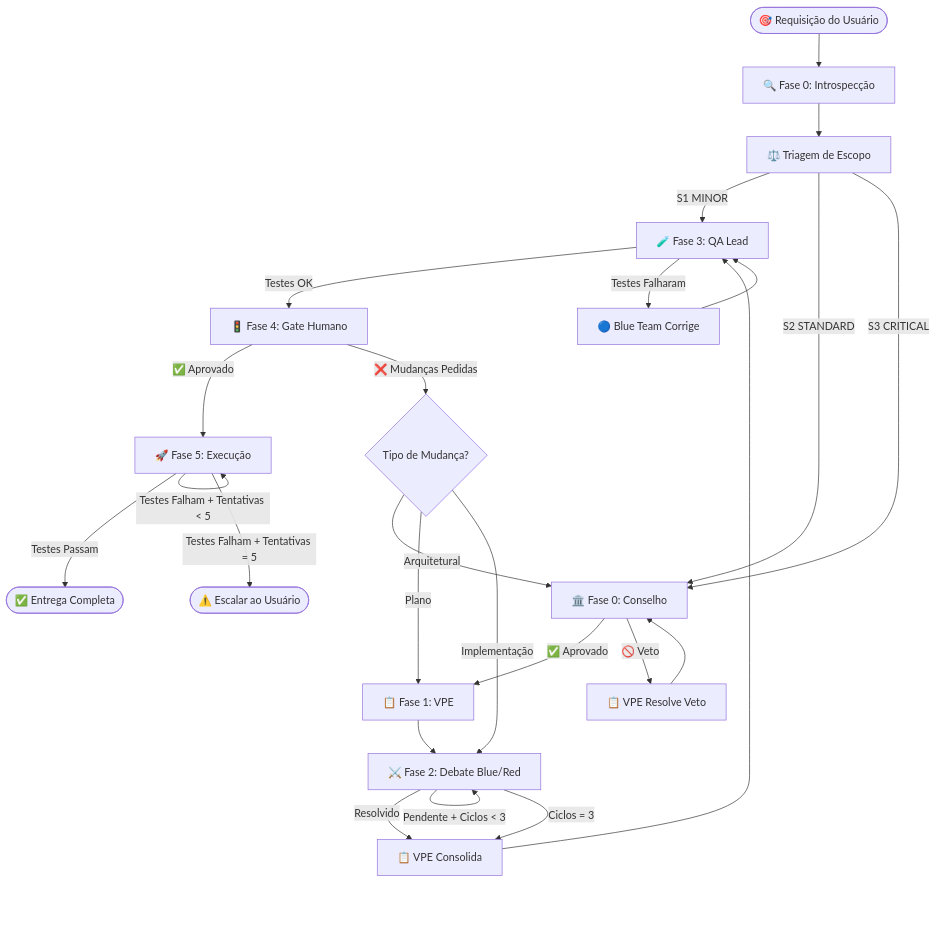
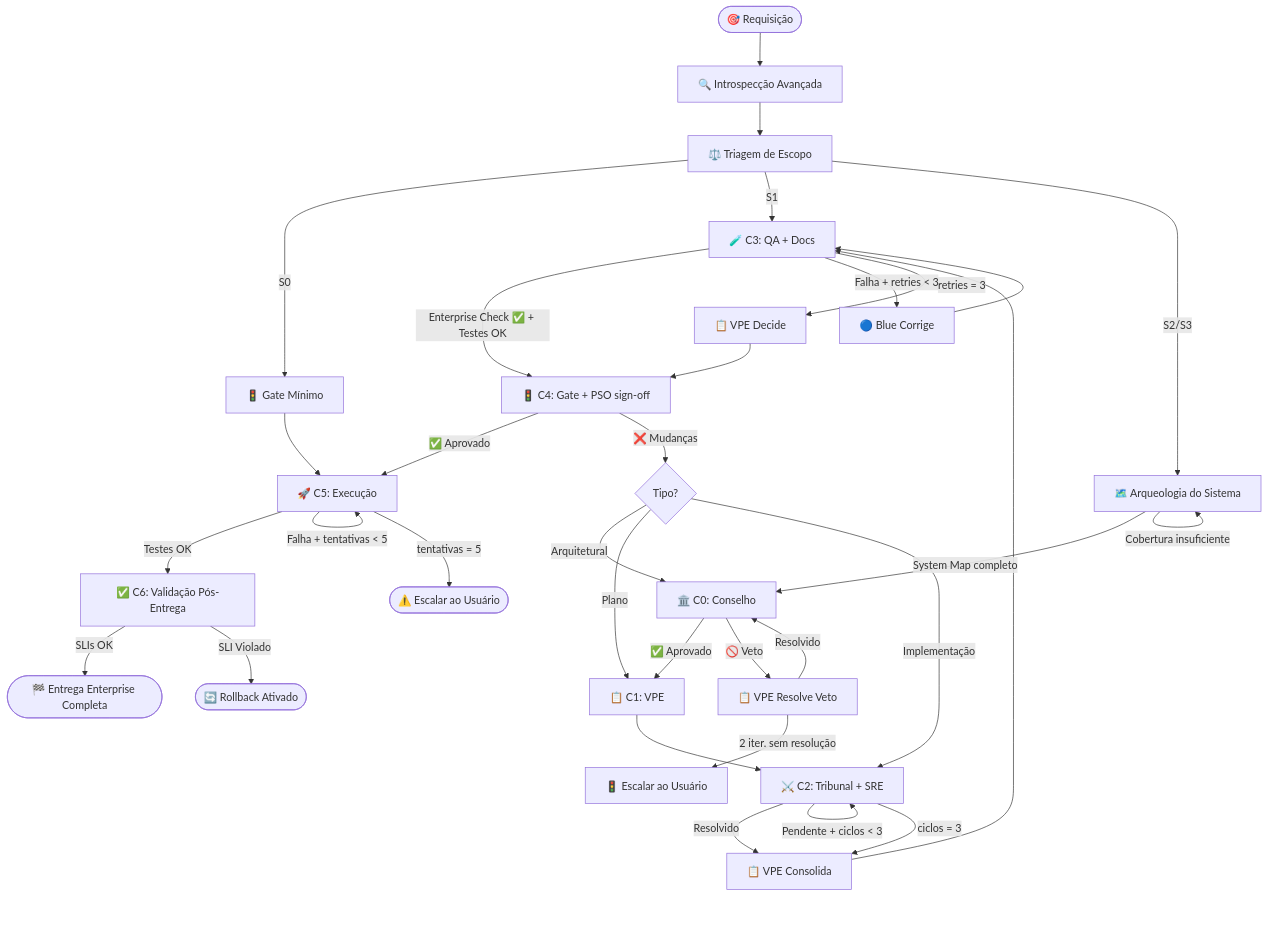
One commit to AlexLeop/Painel-Expresso-Completo changed the diagram in .agent/skills/omega-swarm/SKILL.md. Above: the diagram before and after it, drawn with Mermaid. The commit also changed other lines of this file and 84 other files, not shown here.

````diff
--- a/.agent/skills/omega-swarm/SKILL.md
+++ b/.agent/skills/omega-swarm/SKILL.md
@@ -355,35 +587,43 @@
 ```mermaid
 graph TD
-    START([🎯 Requisição do Usuário]) --> INTRO[🔍 Fase 0: Introspecção]
+    START([🎯 Requisição]) --> INTRO[🔍 Introspecção Avançada]
     INTRO --> TRIAGE[⚖️ Triagem de Escopo]
 
-    TRIAGE -->|S1 MINOR| QA[🧪 Fase 3: QA Lead]
-    TRIAGE -->|S2 STANDARD| COUNCIL[🏛️ Fase 0: Conselho]
-    TRIAGE -->|S3 CRITICAL| COUNCIL
+    TRIAGE -->|S0| GATE_MIN[🚦 Gate Mínimo]
+    TRIAGE -->|S1| QA
+    TRIAGE -->|S2/S3| ARCH[🗺️ Arqueologia do Sistema]
 
-    COUNCIL -->|✅ Aprovado| VPE[📋 Fase 1: VPE]
+    ARCH -->|System Map completo| COUNCIL[🏛️ C0: Conselho]
+    ARCH -->|Cobertura insuficiente| ARCH
+
+    COUNCIL -->|✅ Aprovado| VPE[📋 C1: VPE]
     COUNCIL -->|🚫 Veto| VPE_RESOLVE[📋 VPE Resolve Veto]
-    VPE_RESOLVE --> COUNCIL
+    VPE_RESOLVE -->|Resolvido| COUNCIL
+    VPE_RESOLVE -->|2 iter. sem resolução| GATE_VETO[🚦 Escalar ao Usuário]
 
-    VPE --> DEBATE[⚔️ Fase 2: Debate Blue/Red]
+    VPE --> DEBATE[⚔️ C2: Tribunal + SRE]
+    DEBATE -->|Resolvido| CONSOLIDATE[📋 VPE Consolida]
+    DEBATE -->|Pendente + ciclos < 3| DEBATE
+    DEBATE -->|ciclos = 3| CONSOLIDATE
+    CONSOLIDATE --> QA[🧪 C3: QA + Docs]
 
-    DEBATE -->|Resolvido| CONSOLIDATE[📋 VPE Consolida]
-    DEBATE -->|Pendente + Ciclos < 3| DEBATE
-    DEBATE -->|Ciclos = 3| CONSOLIDATE
+    QA -->|Enterprise Check ✅ + Testes OK| GATE[🚦 C4: Gate + PSO sign-off]
+    QA -->|Falha + retries < 3| BLUE_FIX[🔵 Blue Corrige]
+    BLUE_FIX --> QA
+    QA -->|retries = 3| VPE_ESC[📋 VPE Decide]
+    VPE_ESC --> GATE
 
-    CONSOLIDATE --> QA
-
-    QA -->|Testes OK| GATE[🚦 Fase 4: Gate Humano]
-    QA -->|Testes Falharam| BLUE_FIX[🔵 Blue Team Corrige]
-    BLUE_FIX --> QA
-
-    GATE -->|✅ Aprovado| EXEC[🚀 Fase 5: Execução]
-    GATE -->|❌ Mudanças Pedidas| REROUTE{Tipo de Mudança?}
+    GATE_MIN --> EXEC
+    GATE -->|✅ Aprovado| EXEC[🚀 C5: Execução]
+    GATE -->|❌ Mudanças| REROUTE{Tipo?}
     REROUTE -->|Arquitetural| COUNCIL
     REROUTE -->|Plano| VPE
     REROUTE -->|Implementação| DEBATE
 
-    EXEC -->|Testes Passam| DONE([✅ Entrega Completa])
-    EXEC -->|Testes Falham + Tentativas < 5| EXEC
-    EXEC -->|Testes Falham + Tentativas = 5| ESCALATE([⚠️ Escalar ao Usuário])
+    EXEC -->|Testes OK| POST[✅ C6: Validação Pós-Entrega]
+    EXEC -->|Falha + tentativas < 5| EXEC
+    EXEC -->|tentativas = 5| ESCALATE([⚠️ Escalar ao Usuário])
+
+    POST -->|SLIs OK| DONE([🏁 Entrega Enterprise Completa])
+    POST -->|SLI Violado| ROLLBACK([🔄 Rollback Ativado])
 ```
````
